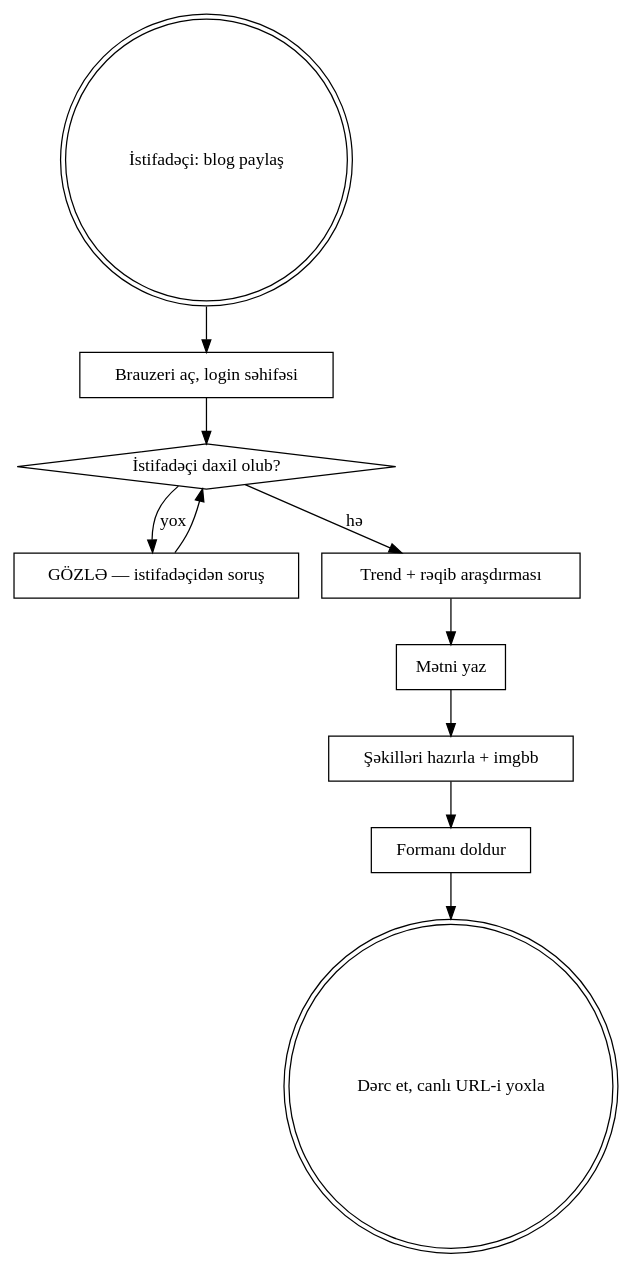
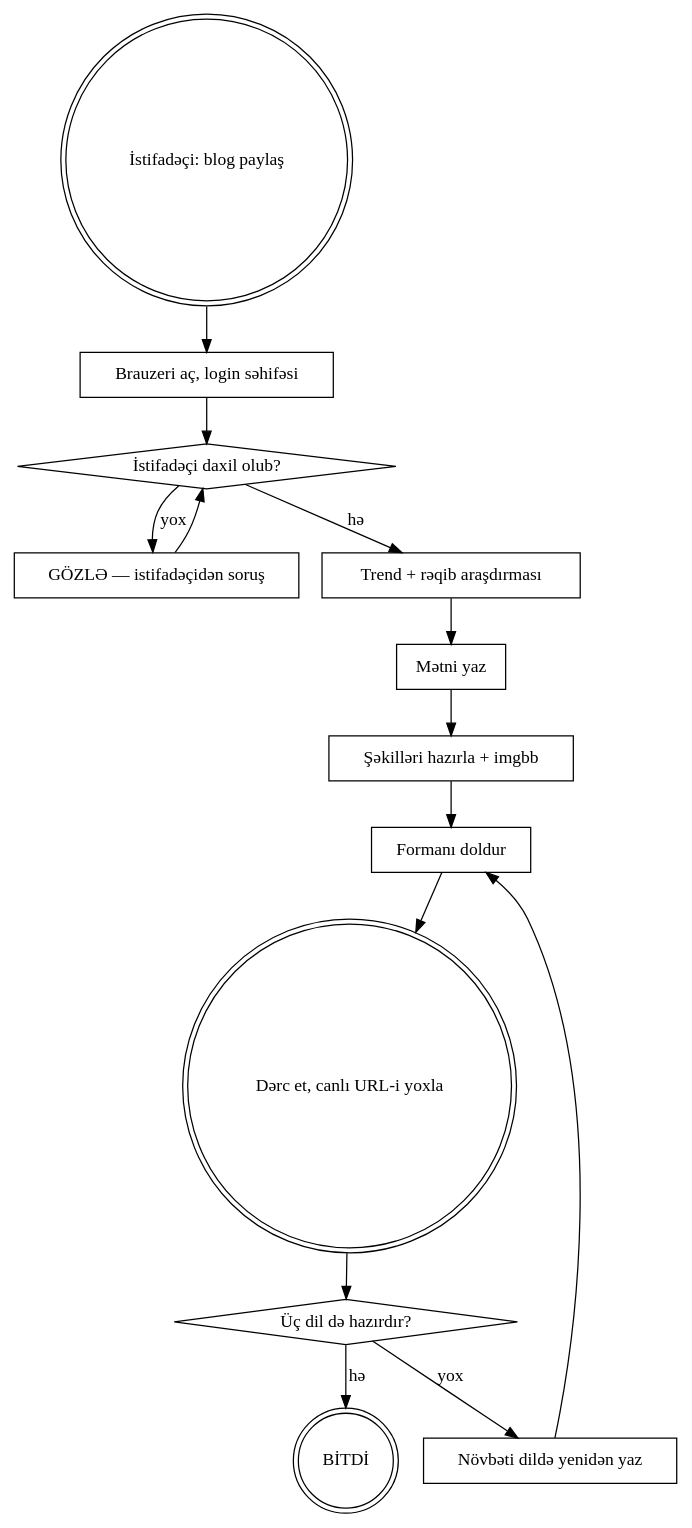
One commit to ismetcahangirov/minna changed the diagram in .claude/skills/blog-publishing/SKILL.md. Above: the diagram before and after it, drawn with Graphviz. The commit also changed other lines of this file and 2 other files, not shown here.

````diff
--- a/.claude/skills/blog-publishing/SKILL.md
+++ b/.claude/skills/blog-publishing/SKILL.md
@@ -22,23 +40,30 @@
 ```dot
 digraph publish {
     "İstifadəçi: blog paylaş" [shape=doublecircle];
     "Brauzeri aç, login səhifəsi" [shape=box];
     "İstifadəçi daxil olub?" [shape=diamond];
     "GÖZLƏ — istifadəçidən soruş" [shape=box];
     "Trend + rəqib araşdırması" [shape=box];
     "Mətni yaz" [shape=box];
     "Şəkilləri hazırla + imgbb" [shape=box];
     "Formanı doldur" [shape=box];
     "Dərc et, canlı URL-i yoxla" [shape=doublecircle];
 
     "İstifadəçi: blog paylaş" -> "Brauzeri aç, login səhifəsi";
     "Brauzeri aç, login səhifəsi" -> "İstifadəçi daxil olub?";
     "İstifadəçi daxil olub?" -> "GÖZLƏ — istifadəçidən soruş" [label="yox"];
     "GÖZLƏ — istifadəçidən soruş" -> "İstifadəçi daxil olub?";
     "İstifadəçi daxil olub?" -> "Trend + rəqib araşdırması" [label="hə"];
     "Trend + rəqib araşdırması" -> "Mətni yaz";
     "Mətni yaz" -> "Şəkilləri hazırla + imgbb";
     "Şəkilləri hazırla + imgbb" -> "Formanı doldur";
     "Formanı doldur" -> "Dərc et, canlı URL-i yoxla";
+    "Dərc et, canlı URL-i yoxla" -> "Üç dil də hazırdır?";
+    "Üç dil də hazırdır?" [shape=diamond];
+    "Növbəti dildə yenidən yaz" [shape=box];
+    "Üç dil də hazırdır?" -> "Növbəti dildə yenidən yaz" [label="yox"];
+    "Növbəti dildə yenidən yaz" -> "Formanı doldur";
+    "Üç dil də hazırdır?" -> "BİTDİ" [label="hə"];
+    "BİTDİ" [shape=doublecircle];
 }
 ```
````
